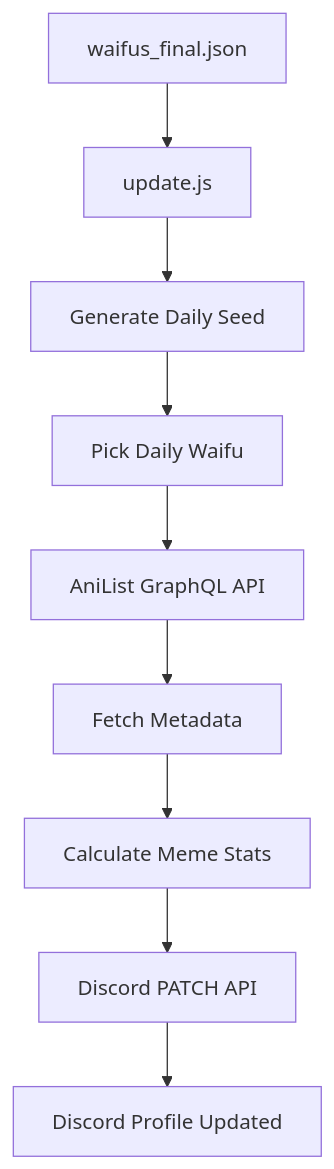
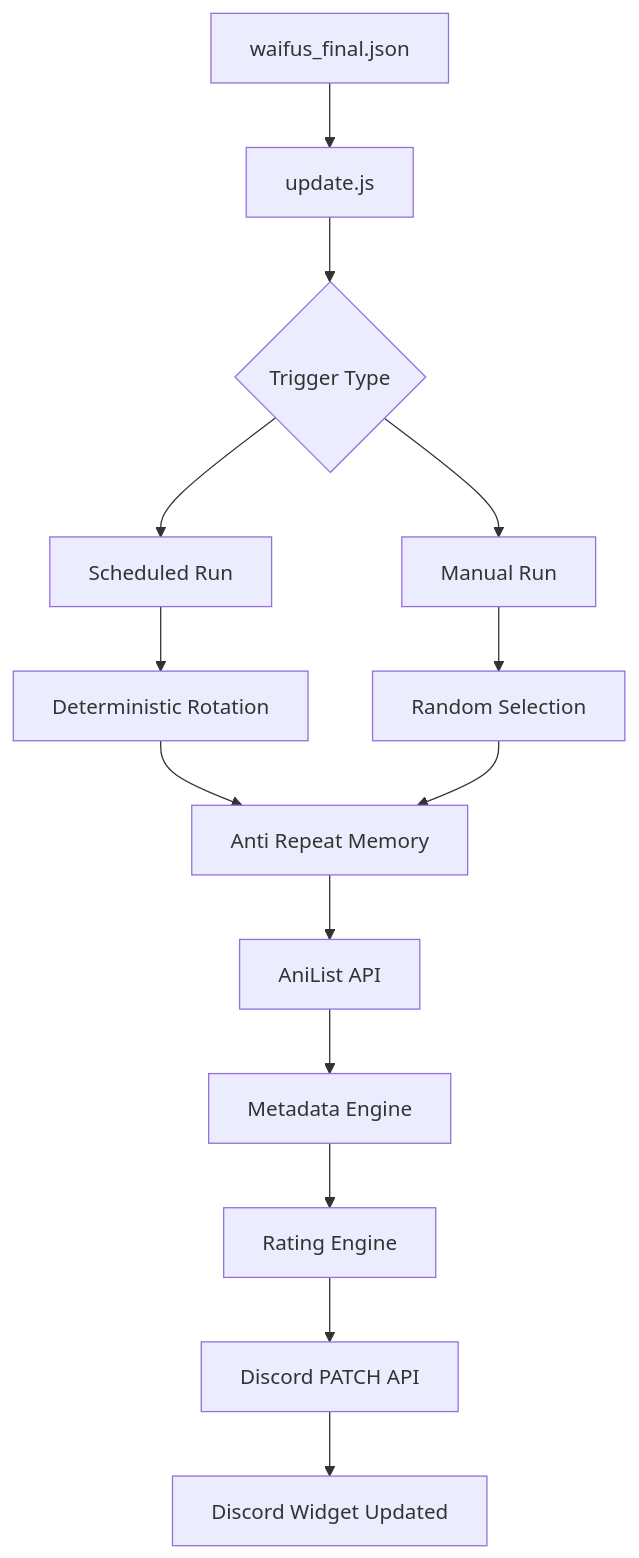
One commit to MeYashverma/discord-waifu-widget changed the first of 3 diagrams in README.md. Above: the diagram before and after it, drawn with Mermaid. The commit also changed other lines of this file, not shown here.

````diff
--- a/README.md
+++ b/README.md
@@ -61,19 +65,29 @@
 ```mermaid
 flowchart TD
 
 A[waifus_final.json] --> B[update.js]
 
-B --> C[Generate Daily Seed]
+B --> C{Trigger Type}
 
-C --> D[Pick Daily Waifu]
+C --> D[Scheduled Run]
 
-D --> E[AniList GraphQL API]
+C --> E[Manual Run]
 
-E --> F[Fetch Metadata]
+D --> F[Deterministic Rotation]
 
-F --> G[Calculate Meme Stats]
+E --> G[Random Selection]
 
-G --> H[Discord PATCH API]
+F --> H[Anti Repeat Memory]
 
-H --> I[Discord Profile Updated]
+G --> H
+
+H --> I[AniList API]
+
+I --> J[Metadata Engine]
+
+J --> K[Rating Engine]
+
+K --> L[Discord PATCH API]
+
+L --> M[Discord Widget Updated]
 ```
````
